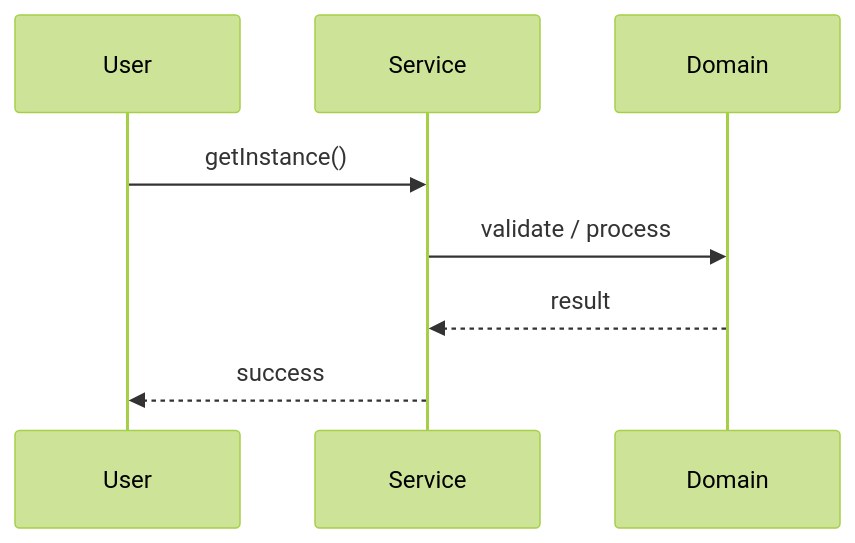
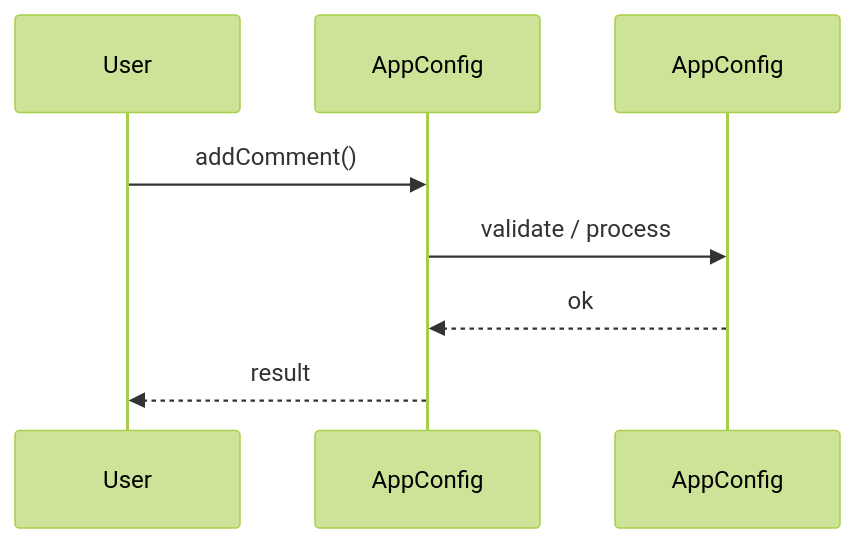
The second of 3 diagrams in Learn/System Design - Low Level Design/03-design-patterns/questions/Q05-singleton-thread-safe.md (madhupaila/Interview-Prep-SSE), drawn with Mermaid (forest theme) before and after one commit. The commit also changed other lines of this file and 491 other files, not shown here.

````diff
--- a/Learn/System Design - Low Level Design/03-design-patterns/questions/Q05-singleton-thread-safe.md
+++ b/Learn/System Design - Low Level Design/03-design-patterns/questions/Q05-singleton-thread-safe.md
@@ -118,10 +136,10 @@
 ```mermaid
 sequenceDiagram
-    participant U as User
-    participant S as Service
-    participant D as Domain
-    U->>S: getInstance()
-    S->>D: validate / process
-    D-->>S: result
-    S-->>U: success
+participant U as User
+participant S as AppConfig
+participant D as AppConfig
+U->>S: addComment()
+S->>D: validate / process
+D-->>S: ok
+S-->>U: result
 ```
````
